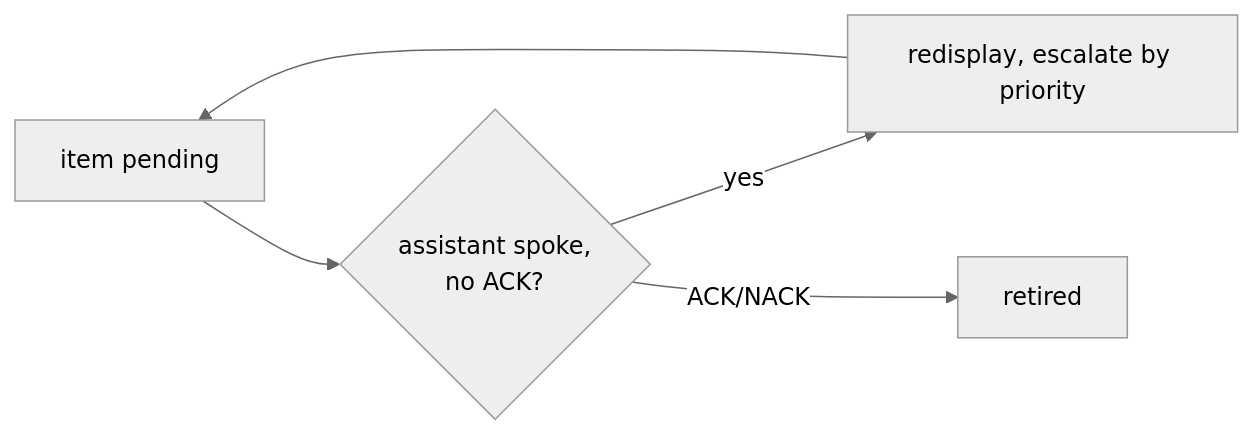
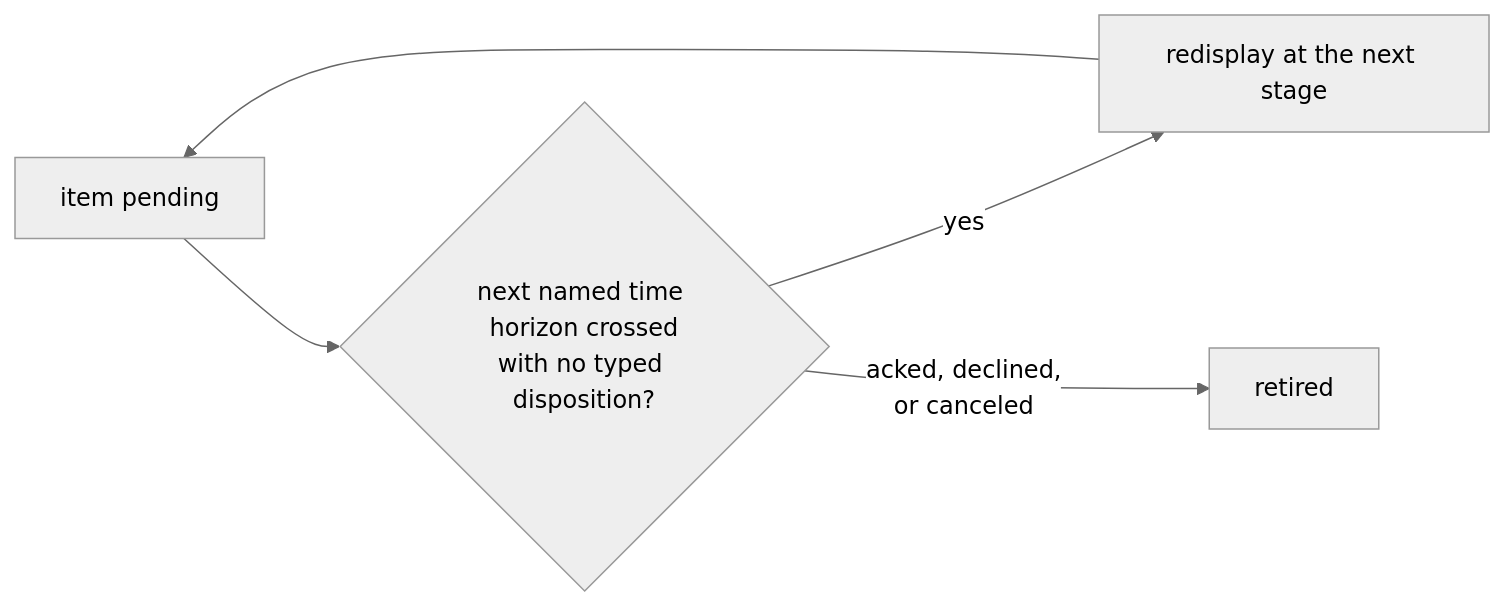
Before and after one commit to infimalabs/spice-rust: the fourth of 25 diagrams in docs/product/value.md, drawn with Mermaid (neutral theme). The commit also changed other lines of this file and 71 other files, not shown here.

````diff
--- a/docs/product/value.md
+++ b/docs/product/value.md
@@ -76,7 +89,7 @@
 ```mermaid
 flowchart LR
-  P["item pending"] --> S{"assistant spoke,<br/>no ACK?"}
-  S -- yes --> E["redisplay, escalate by priority"]
+  P["item pending"] --> S{"next named time horizon crossed<br/>with no typed disposition?"}
+  S -- yes --> E["redisplay at the next stage"]
   E --> P
-  S -- "ACK/NACK" --> D[retired]
+  S -- "acked, declined,<br/>or canceled" --> D[retired]
 ```
````
